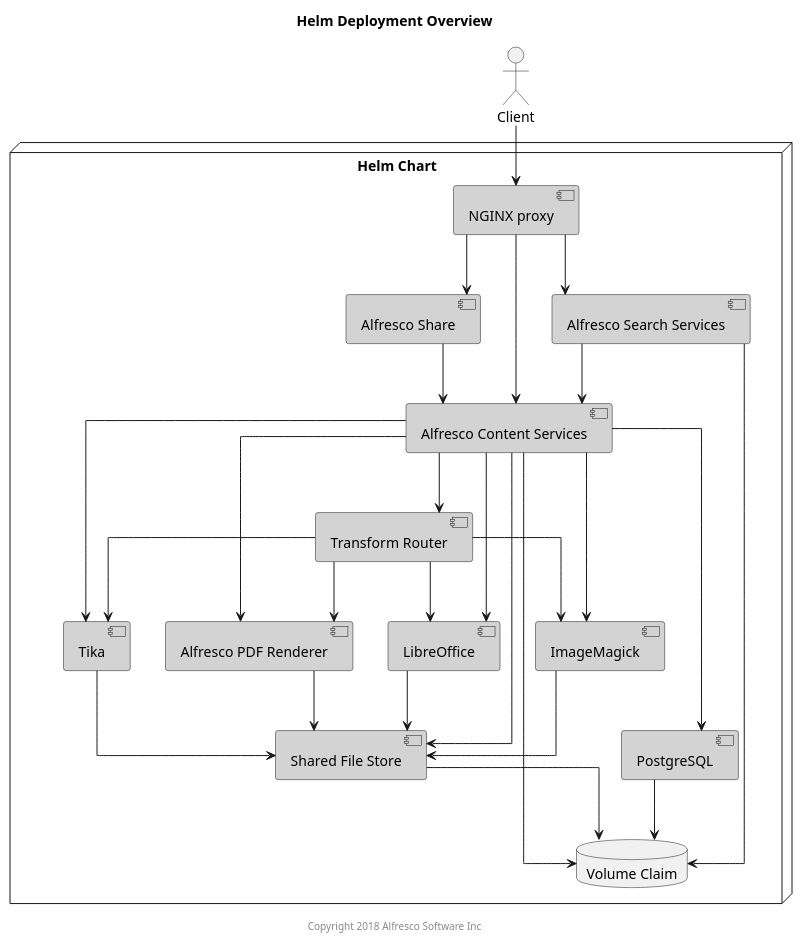
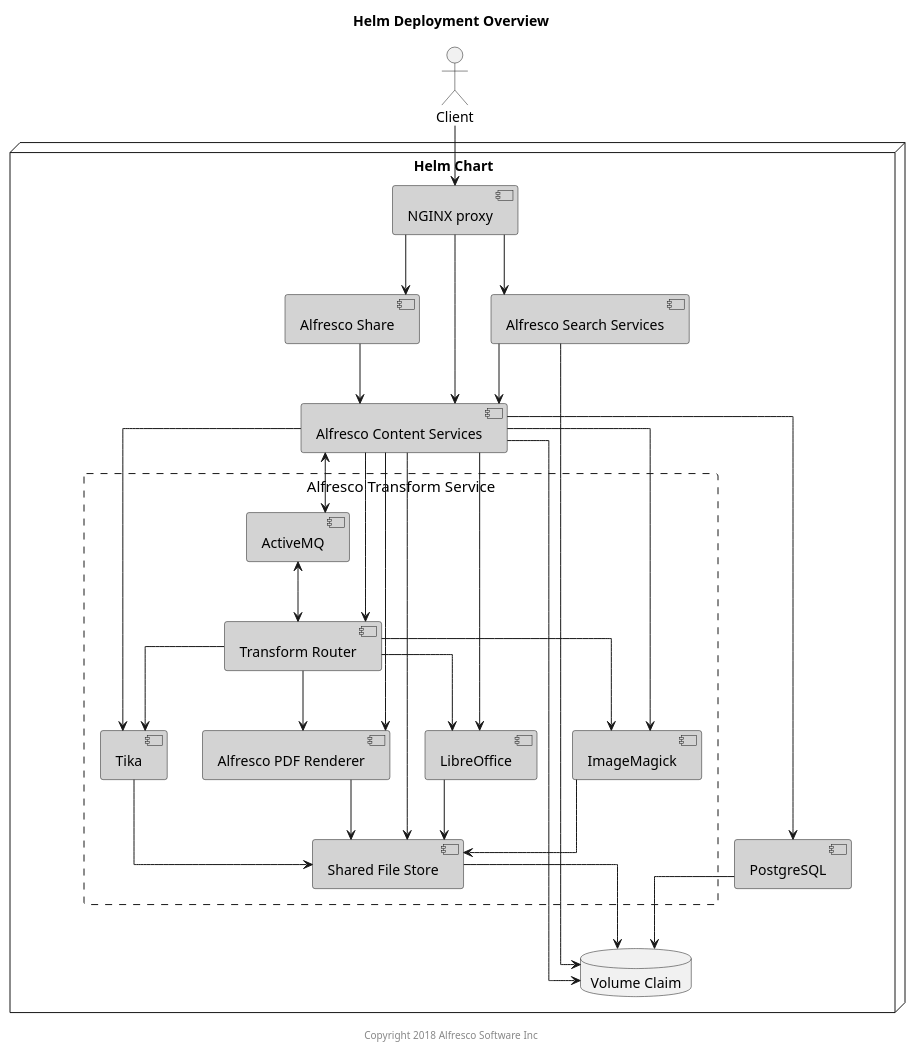
Before and after one commit to Alfresco/acs-deployment: the diagram in docs/diagrams/helm-chart/helm-components.puml, drawn with PlantUML. The commit also changed 3 other files, not shown here.

Commit message:
ATS-92 : The first Deployment update for ACS (Repo) to use ATS    - updated diagrams with activemq and ATS grouping

```diff
--- a/docs/diagrams/helm-chart/helm-components.puml
+++ b/docs/diagrams/helm-chart/helm-components.puml
@@ -1,56 +1,66 @@
 @startuml
 
 Title: Helm Deployment Overview
 
 skinparam componentStyle uml2
 skinparam linetype ortho
+skinparam rectangle {
+    BorderStyle dashed
+    FontSize 15
+    FontStyle none
+}
 
 actor Client
 
 node "Helm Chart" {
     component "NGINX proxy" as nginx #lightgrey
     component "Alfresco Content Services" as acs #lightgrey
-    component "Transform Router" as trouter #lightgrey
-    component "Shared File Store" as sfs #lightgrey
     component "Alfresco Search Services" as ass #lightgrey
     component "PostgreSQL" as psql #lightgrey
-    component "Alfresco PDF Renderer" as pdfr #lightgrey
-    component "LibreOffice" as libr #lightgrey
-    component "ImageMagick" as img #lightgrey
-    component "Tika" as tika #lightgrey
     component "Alfresco Share" as share #lightgrey
     database "Volume Claim" as vc
+    rectangle "Alfresco Transform Service" {
+        component "Transform Router" as tr #lightgrey
+        component "Shared File Store" as sfs #lightgrey
+        component "ActiveMQ" as amq #lightgrey
+        component "Alfresco PDF Renderer" as pdfr #lightgrey
+        component "LibreOffice" as libr #lightgrey
+        component "ImageMagick" as img #lightgrey
+        component "Tika" as tika #lightgrey
+    }
 }
 
 Client --> nginx
 
 nginx --> acs
 nginx --> ass
 nginx --> share
 
 acs --> vc
 ass --> vc
 psql --> vc
 sfs --> vc
 
 ass --> acs
 acs --> psql
 acs --> pdfr
 acs --> libr
 acs --> img
 acs --> tika
-acs --> trouter
+acs --> tr
 acs --> sfs
-trouter --> pdfr
-trouter --> libr
-trouter --> img
-trouter --> tika
+acs <--> amq
+tr --> pdfr
+tr --> libr
+tr --> img
+tr --> tika
+tr <-up-> amq
 pdfr --> sfs
 libr --> sfs
 img --> sfs
 tika --> sfs
 share --> acs
 
 center footer Copyright 2018 Alfresco Software Inc
 
 @enduml
```
